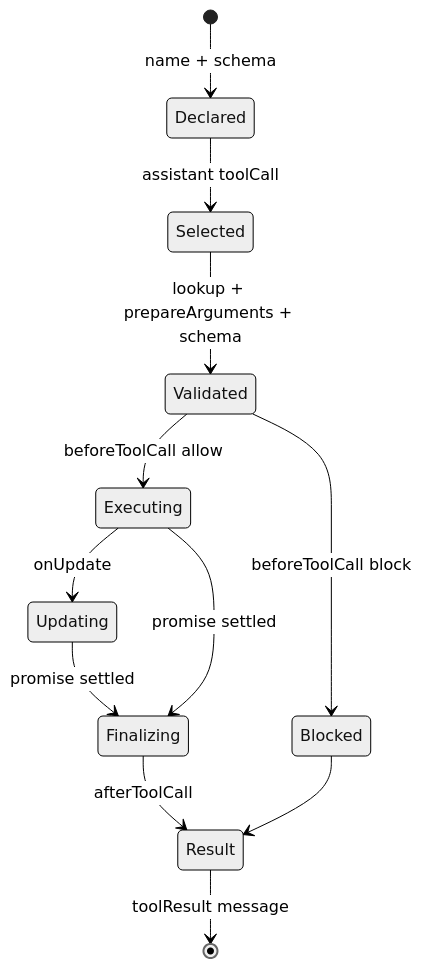
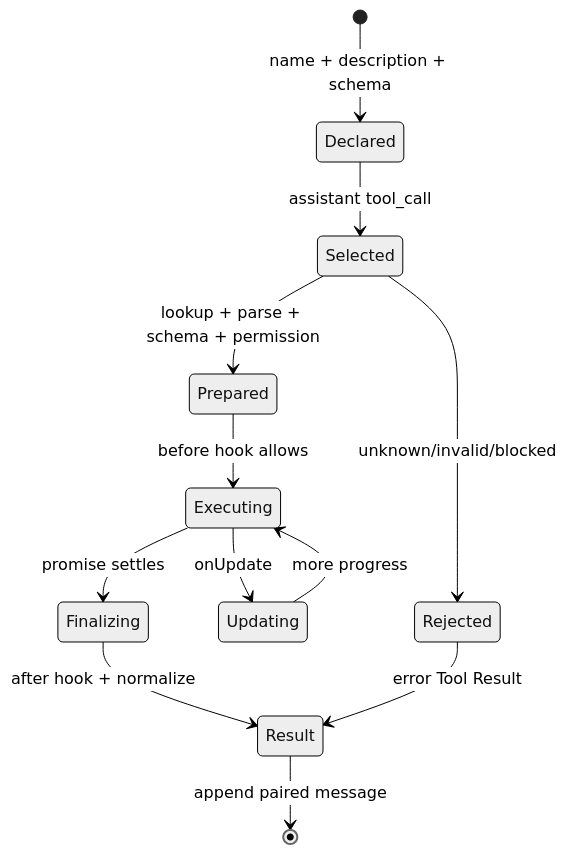
Before and after one commit to coolerks/pi-lean: the diagram in ai-agent-learning/04-tools/tool-lifecycle.mdx, drawn with Mermaid (neutral theme). The commit also changed other lines of this file and 135 other files, not shown here.

````diff
--- a/ai-agent-learning/04-tools/tool-lifecycle.mdx
+++ b/ai-agent-learning/04-tools/tool-lifecycle.mdx
@@ -8,14 +25,14 @@
 ```mermaid
 stateDiagram-v2
-    [*] --> Declared: name + schema
-    Declared --> Selected: assistant toolCall
-    Selected --> Validated: lookup + prepareArguments + schema
-    Validated --> Blocked: beforeToolCall block
-    Validated --> Executing: beforeToolCall allow
+    [*] --> Declared: name + description + schema
+    Declared --> Selected: assistant tool_call
+    Selected --> Prepared: lookup + parse + schema + permission
+    Selected --> Rejected: unknown/invalid/blocked
+    Prepared --> Executing: before hook allows
     Executing --> Updating: onUpdate
-    Updating --> Finalizing: promise settled
-    Executing --> Finalizing: promise settled
-    Finalizing --> Result: afterToolCall
-    Blocked --> Result
-    Result --> [*]: toolResult message
+    Updating --> Executing: more progress
+    Executing --> Finalizing: promise settles
+    Finalizing --> Result: after hook + normalize
+    Rejected --> Result: error Tool Result
+    Result --> [*]: append paired message
 ```
````
